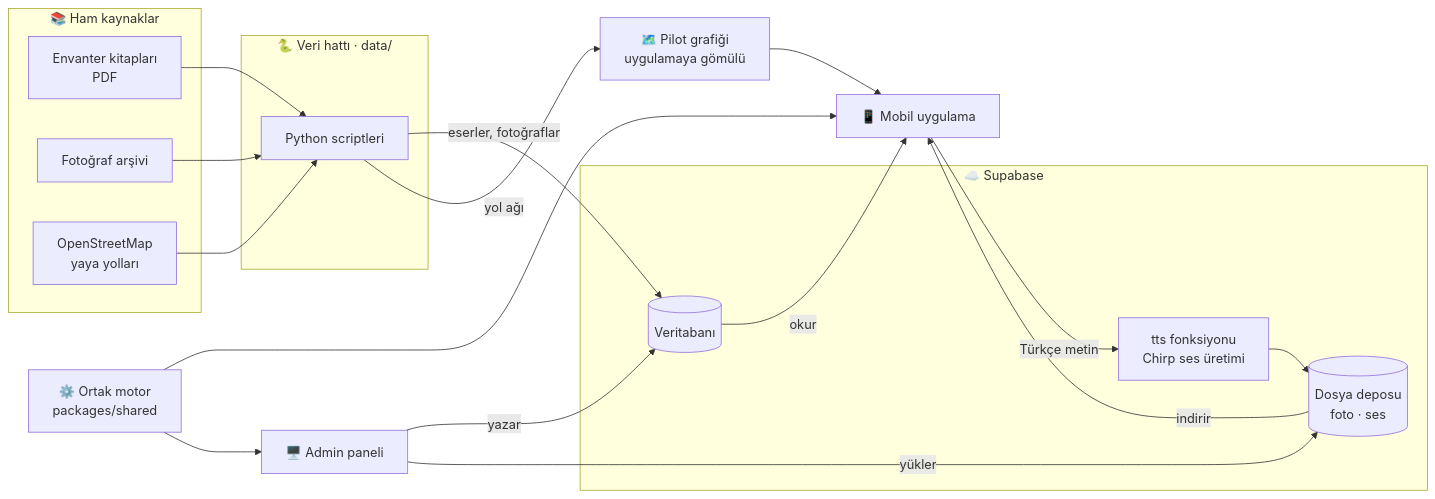
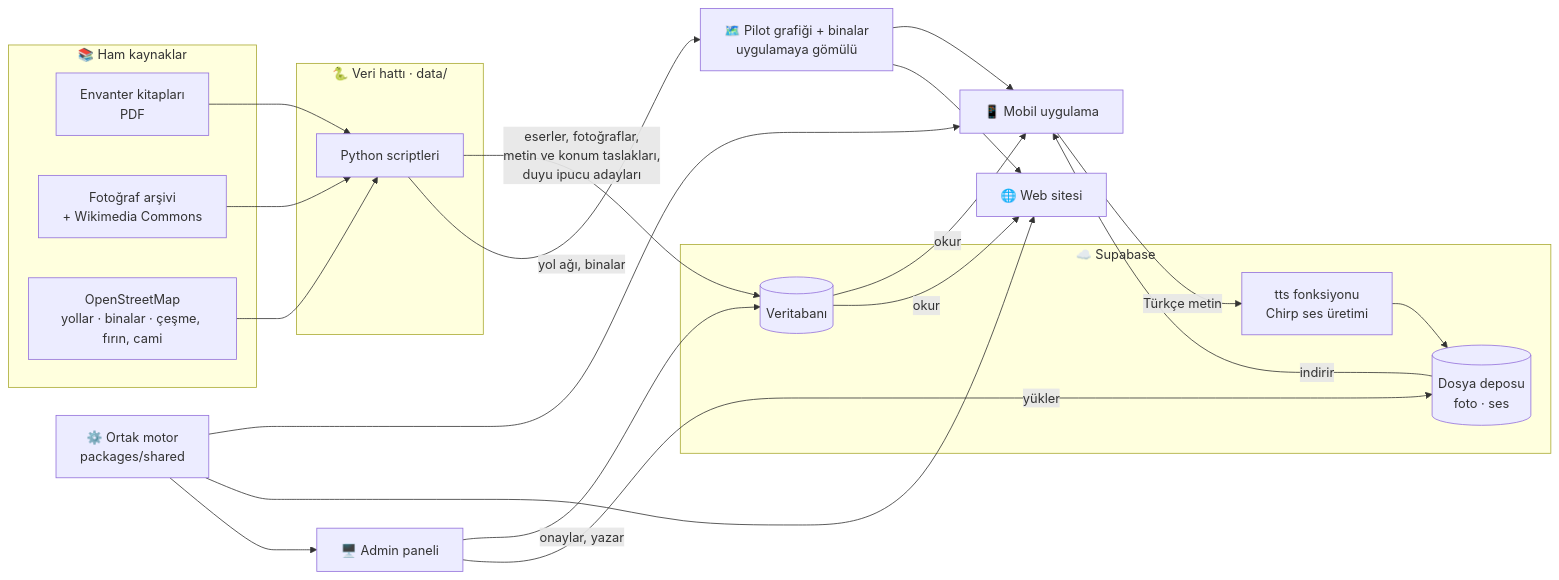
The first of 18 diagrams in NASIL-CALISIR.md (inciyanar/Sezi), drawn with Mermaid before and after one commit. The commit also changed other lines of this file, not shown here.

Commit message:
NASIL-CALISIR: web sitesi, turlar, duyu ipuçları, metin taslakları ve sade özetle güncellendi

````diff
--- a/NASIL-CALISIR.md
+++ b/NASIL-CALISIR.md
@@ -11,38 +11,42 @@
 ```mermaid
 flowchart LR
   subgraph KAYNAK["📚 Ham kaynaklar"]
     PDF["Envanter kitapları<br/>PDF"]
-    FOTO["Fotoğraf arşivi"]
-    OSM["OpenStreetMap<br/>yaya yolları"]
+    FOTO["Fotoğraf arşivi<br/>+ Wikimedia Commons"]
+    OSM["OpenStreetMap<br/>yollar · binalar · çeşme, fırın, cami"]
   end
 
   subgraph HAT["🐍 Veri hattı · data/"]
     PY["Python scriptleri"]
   end
 
   subgraph SUNUCU["☁️ Supabase"]
     DB[("Veritabanı")]
     ST[("Dosya deposu<br/>foto · ses")]
     TTS["tts fonksiyonu<br/>Chirp ses üretimi"]
   end
 
   ADMIN["🖥️ Admin paneli"]
   MOTOR["⚙️ Ortak motor<br/>packages/shared"]
   APP["📱 Mobil uygulama"]
-  GRAF["🗺️ Pilot grafiği<br/>uygulamaya gömülü"]
+  WEB["🌐 Web sitesi"]
+  GRAF["🗺️ Pilot grafiği + binalar<br/>uygulamaya gömülü"]
 
   PDF --> PY
   FOTO --> PY
   OSM --> PY
-  PY -->|"eserler, fotoğraflar"| DB
-  PY -->|"yol ağı"| GRAF
-  ADMIN -->|"yazar"| DB
+  PY -->|"eserler, fotoğraflar,<br/>metin ve konum taslakları,<br/>duyu ipucu adayları"| DB
+  PY -->|"yol ağı, binalar"| GRAF
+  ADMIN -->|"onaylar, yazar"| DB
   ADMIN -->|"yükler"| ST
   DB -->|"okur"| APP
+  DB -->|"okur"| WEB
   ST -->|"indirir"| APP
   TTS --> ST
   APP -->|"Türkçe metin"| TTS
   GRAF --> APP
+  GRAF --> WEB
   MOTOR --> APP
+  MOTOR --> WEB
   MOTOR --> ADMIN
 ```
````
